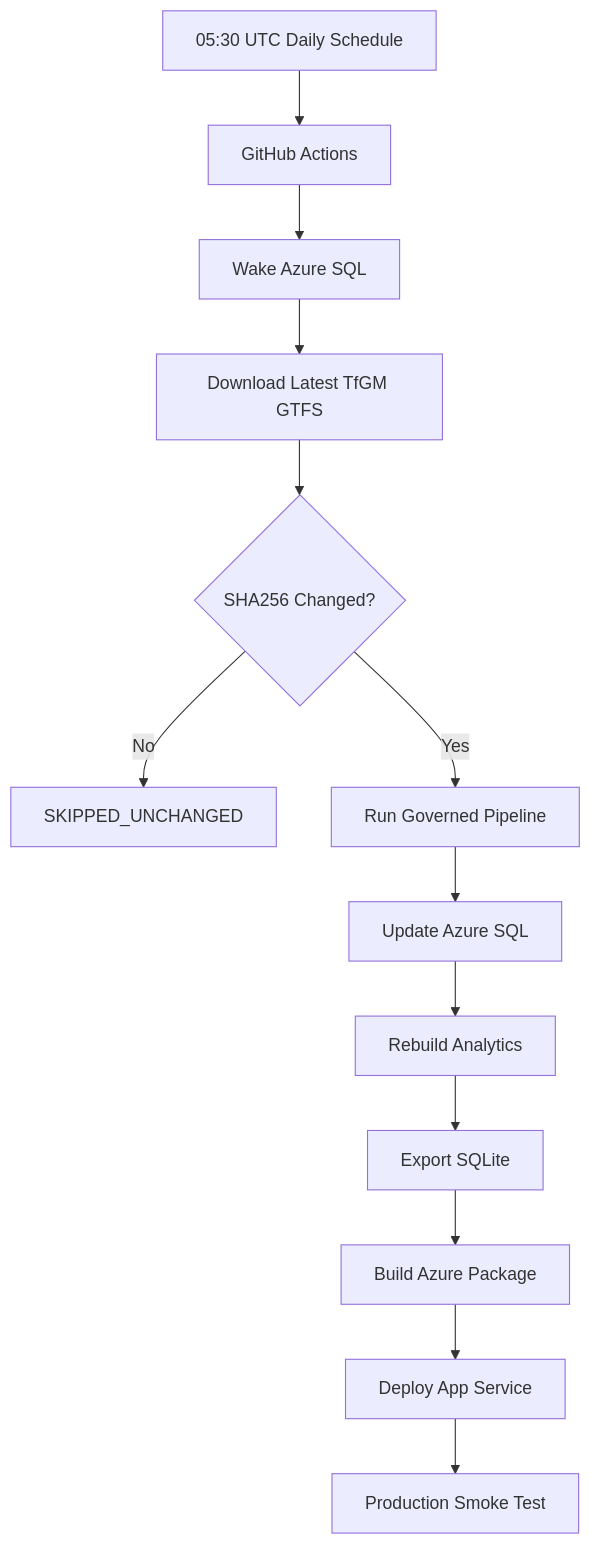
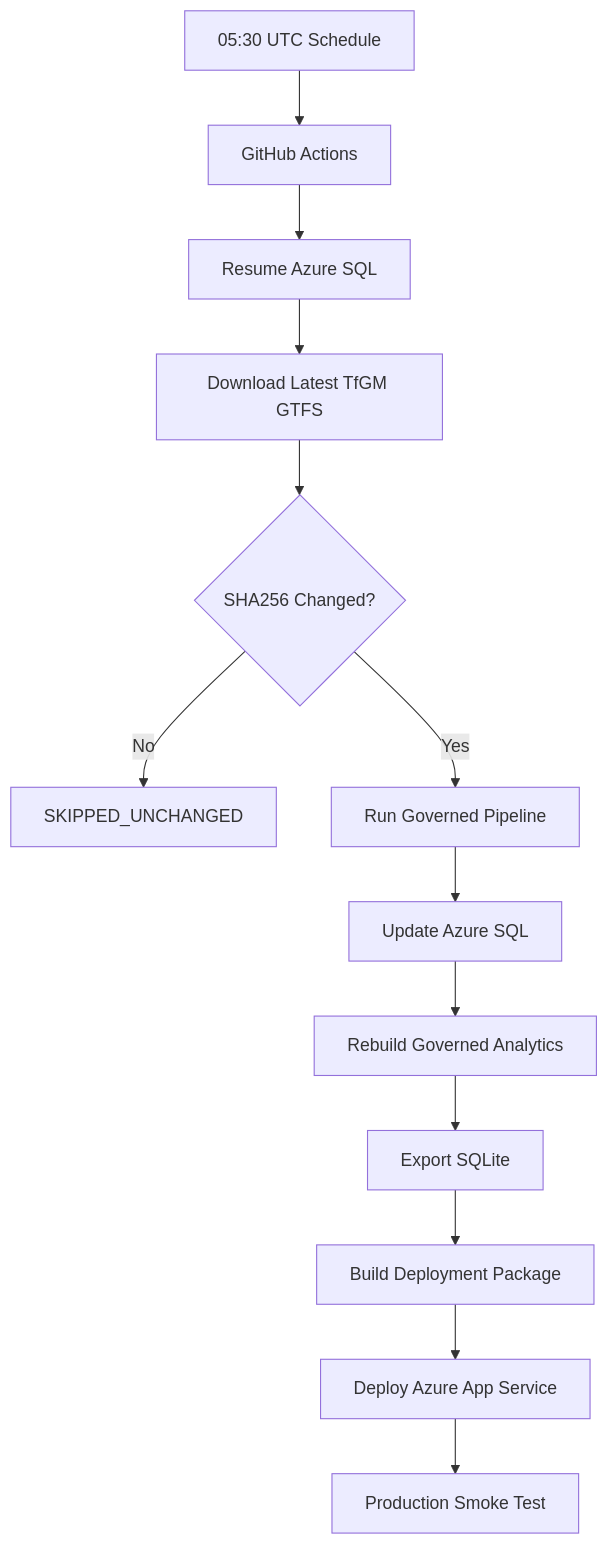
Before and after one commit to kamilkenny/greater-manchester-transport-data-platform: the third of 8 diagrams in README.md, drawn with Mermaid. The commit also changed other lines of this file, not shown here.

````diff
--- a/README.md
+++ b/README.md
@@ -87,17 +109,17 @@
 ```mermaid
 flowchart TD
-    A[05:30 UTC Daily Schedule] --> B[GitHub Actions]
-    B --> C[Wake Azure SQL]
+    A[05:30 UTC Schedule] --> B[GitHub Actions]
+    B --> C[Resume Azure SQL]
     C --> D[Download Latest TfGM GTFS]
     D --> E{SHA256 Changed?}
 
     E -->|No| F[SKIPPED_UNCHANGED]
 
     E -->|Yes| G[Run Governed Pipeline]
     G --> H[Update Azure SQL]
-    H --> I[Rebuild Analytics]
+    H --> I[Rebuild Governed Analytics]
     I --> J[Export SQLite]
-    J --> K[Build Azure Package]
-    K --> L[Deploy App Service]
+    J --> K[Build Deployment Package]
+    K --> L[Deploy Azure App Service]
     L --> M[Production Smoke Test]
 ```
````
